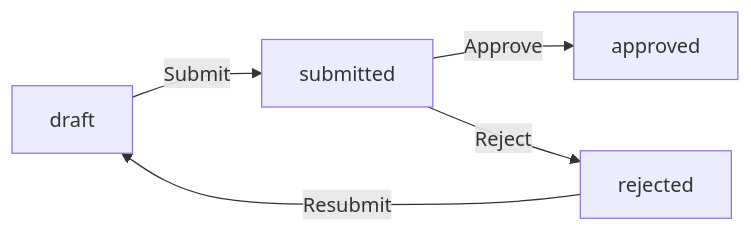
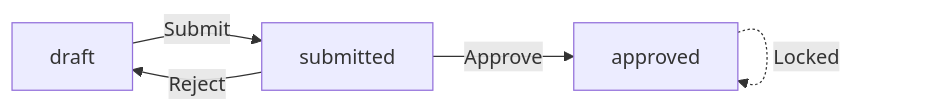
One commit to wrtnlabs/autobe-examples changed the sixth of 7 diagrams in qwen/qwen3.5-397b-a17b/erp/docs/analysis/02-domain-model.md. Above: the diagram before and after it, drawn with Mermaid. The commit also changed other lines of this file and 9017 other files, not shown here.

````diff
--- a/qwen/qwen3.5-397b-a17b/erp/docs/analysis/02-domain-model.md
+++ b/qwen/qwen3.5-397b-a17b/erp/docs/analysis/02-domain-model.md
@@ -715,7 +966,7 @@
 ```mermaid
 flowchart LR
     A["draft"] -->|"Submit"| B["submitted"]
     B -->|"Approve"| C["approved"]
-    B -->|"Reject"| D["rejected"]
-    D -->|"Resubmit"| A
+    B -->|"Reject"| A
+    C -.->|"Locked"| C
 ```
````
